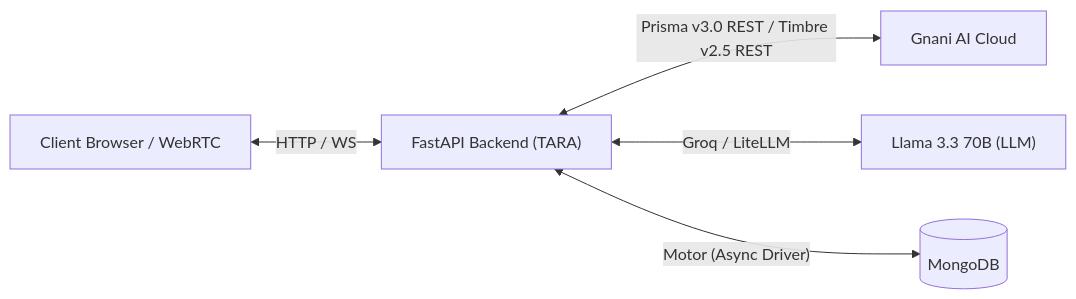
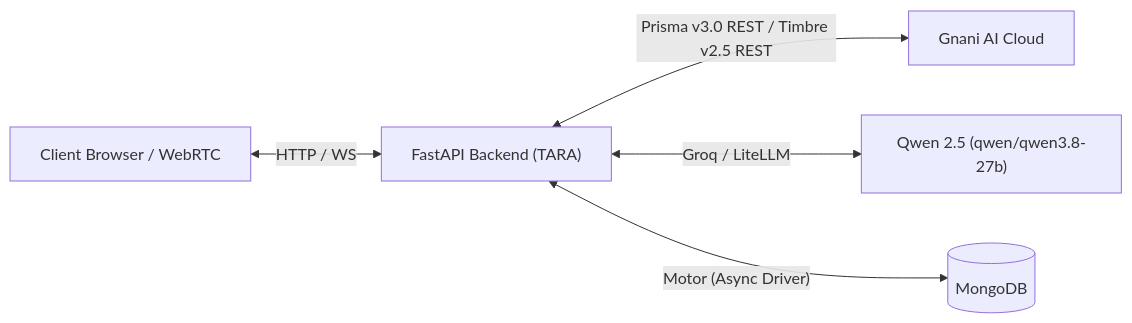
One commit to VivekGoudAdula/TARA-GnaniAI changed the diagram in README.md. Above: the diagram before and after it, drawn with Mermaid. The commit also changed other lines of this file and 25 other files, not shown here.

````diff
--- a/README.md
+++ b/README.md
@@ -5,7 +5,7 @@
 ```mermaid
 flowchart LR
     Browser["Client Browser / WebRTC"] <-->|"HTTP / WS"| FastAPI["FastAPI Backend (TARA)"]
     FastAPI <-->|"Prisma v3.0 REST / Timbre v2.5 REST"| Gnani["Gnani AI Cloud"]
-    FastAPI <-->|"Groq / LiteLLM"| LLM["Llama 3.3 70B (LLM)"]
+    FastAPI <-->|"Groq / LiteLLM"| LLM["Qwen 2.5 (qwen/qwen3.8-27b)"]
     FastAPI <-->|"Motor (Async Driver)"| Mongo[("MongoDB")]
 ```
````
